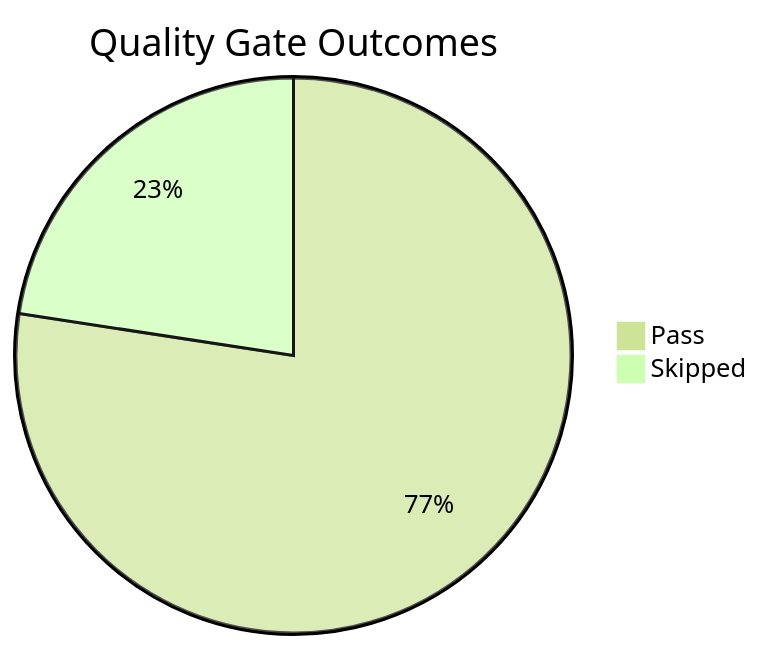
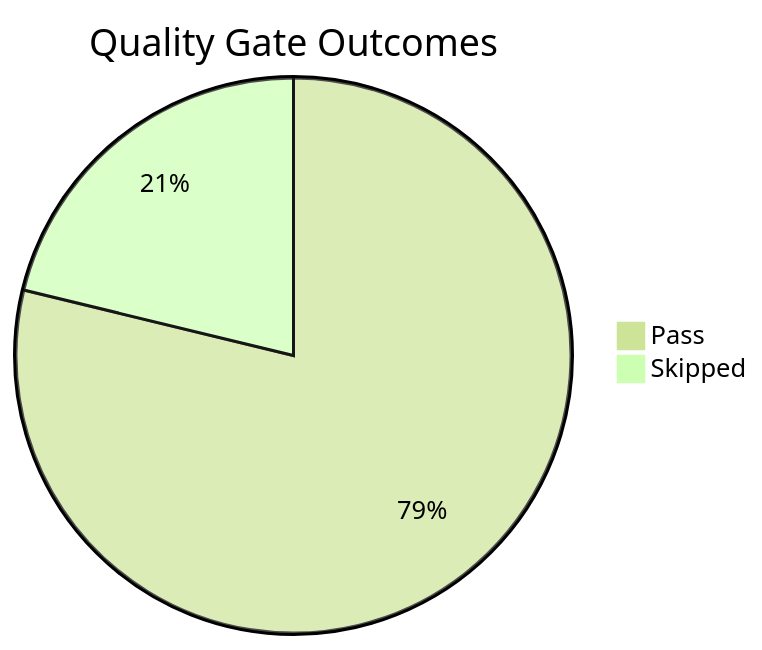
One commit to yeongseon/azure-app-service-practical-guide changed the diagram in docs/meta/golden-status.md. Above: the diagram before and after it, drawn with Mermaid (forest theme). The commit also changed other lines of this file, not shown here.

````diff
--- a/docs/meta/golden-status.md
+++ b/docs/meta/golden-status.md
@@ -42,5 +42,5 @@
 ```mermaid
 pie title Quality Gate Outcomes
-    "Pass" : 24
+    "Pass" : 26
     "Skipped" : 7
 ```
````
